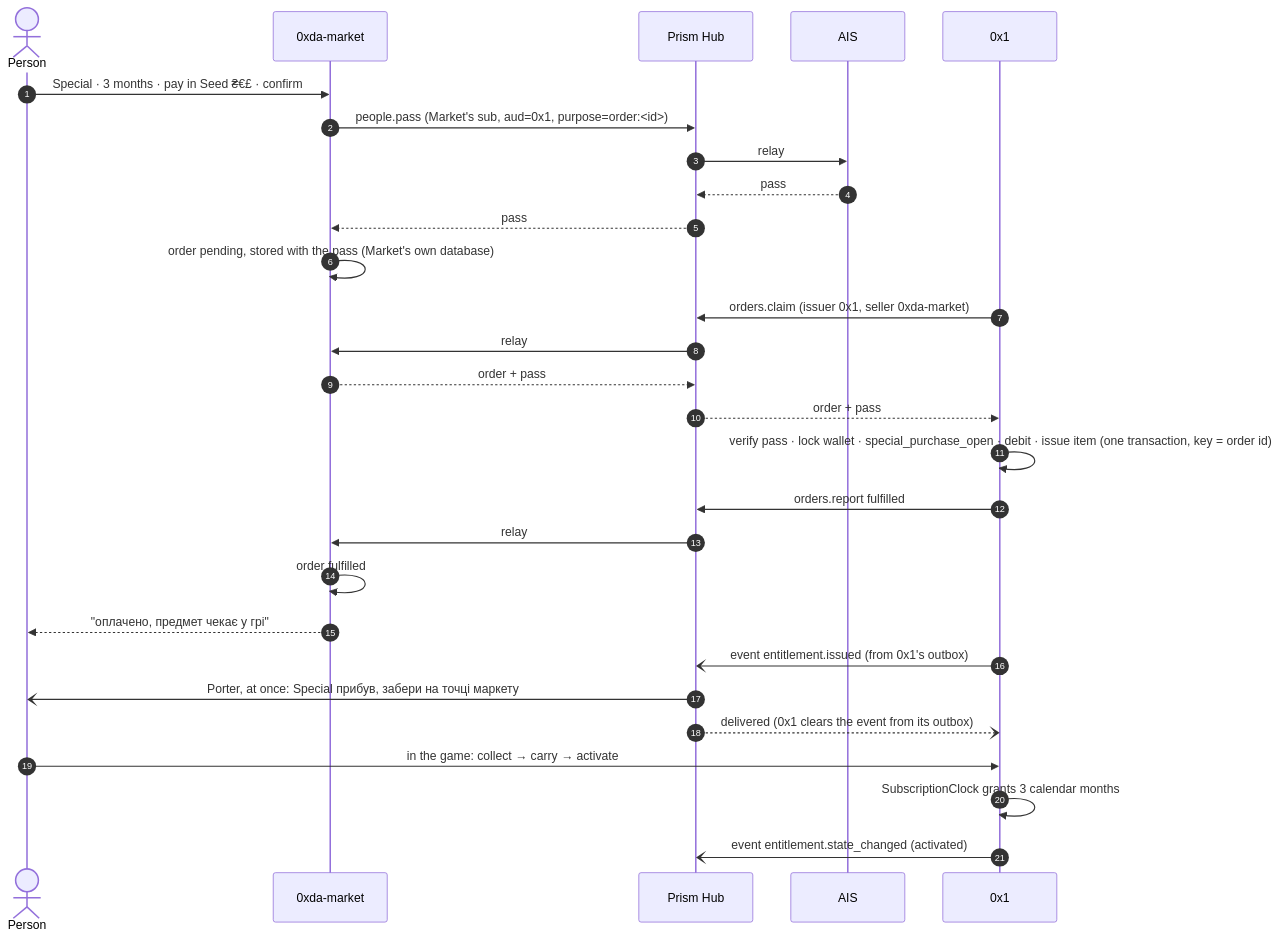
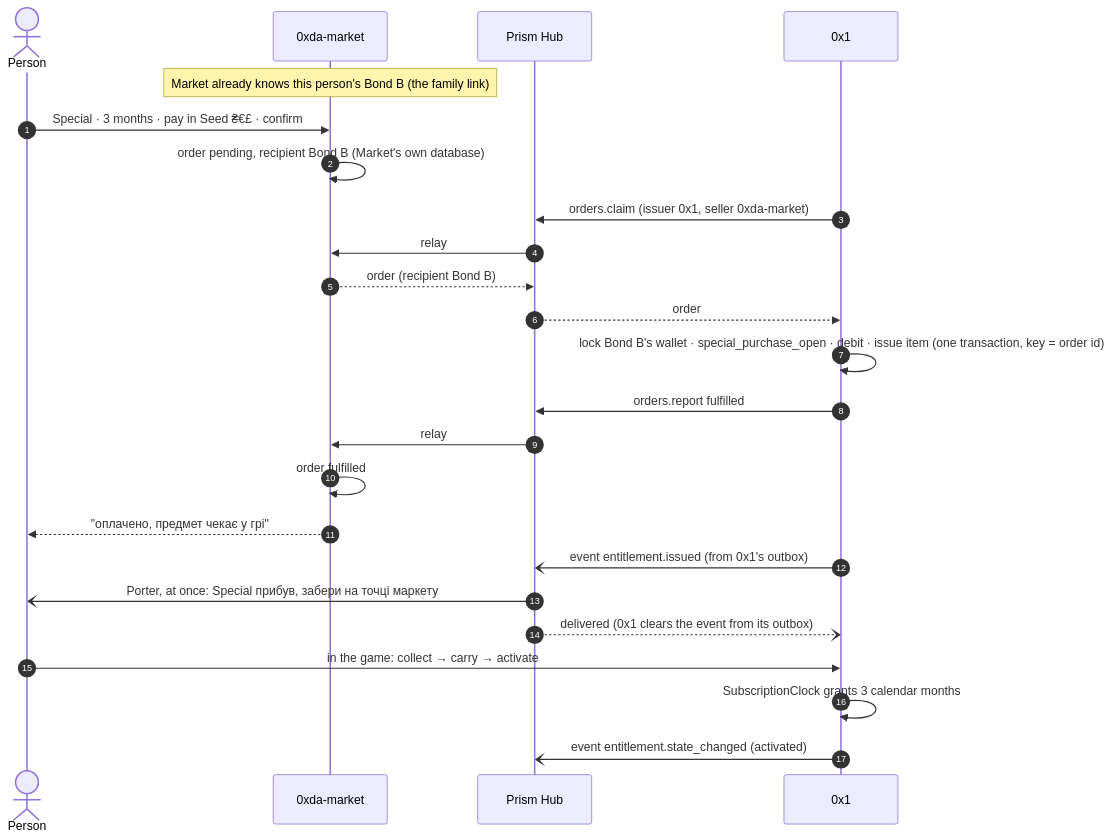
The second of 2 diagrams in docs/hub-protocol.md (aiaiaiai-org/prism-hub), drawn with Mermaid before and after one commit. The commit also changed other lines of this file, not shown here.

First line of the commit message:
docs: AIS links the Bond to Market; seeds live only in 0x1 (hub.v1) (#76)

````diff
--- a/docs/hub-protocol.md
+++ b/docs/hub-protocol.md
@@ -371,31 +434,27 @@
 ```mermaid
 sequenceDiagram
     autonumber
     actor P as Person
     participant M as 0xda-market
     participant H as Prism Hub
-    participant A as AIS
     participant X as 0x1
 
+    Note over M: Market already knows this person's Bond B (the family link)
     P->>M: Special · 3 months · pay in Seed ₴€£ · confirm
-    M->>H: people.pass (Market's sub, aud=0x1, purpose=order:<id>)
-    H->>A: relay
-    A-->>H: pass
-    H-->>M: pass
-    M->>M: order pending, stored with the pass (Market's own database)
+    M->>M: order pending, recipient Bond B (Market's own database)
     X->>H: orders.claim (issuer 0x1, seller 0xda-market)
     H->>M: relay
-    M-->>H: order + pass
-    H-->>X: order + pass
-    X->>X: verify pass · lock wallet · special_purchase_open · debit · issue item (one transaction, key = order id)
+    M-->>H: order (recipient Bond B)
+    H-->>X: order
+    X->>X: lock Bond B's wallet · special_purchase_open · debit · issue item (one transaction, key = order id)
     X->>H: orders.report fulfilled
     H->>M: relay
     M->>M: order fulfilled
     M-->>P: "оплачено, предмет чекає у грі"
     X-)H: event entitlement.issued (from 0x1's outbox)
     H-)P: Porter, at once: Special прибув, забери на точці маркету
     H--)X: delivered (0x1 clears the event from its outbox)
     P->>X: in the game: collect → carry → activate
     X->>X: SubscriptionClock grants 3 calendar months
     X-)H: event entitlement.state_changed (activated)
 ```
````
